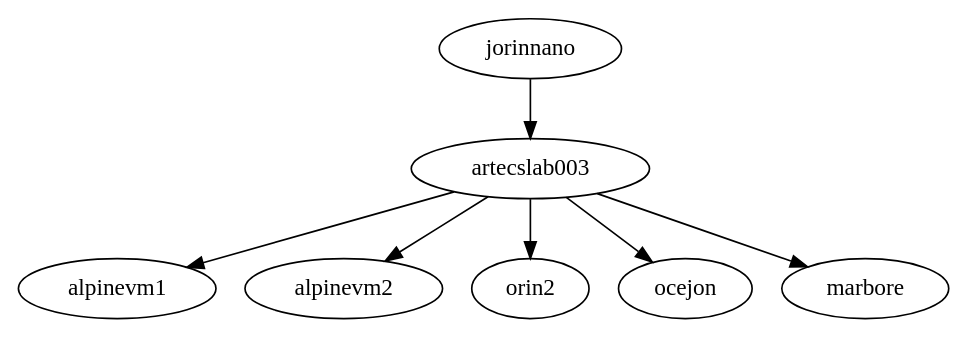
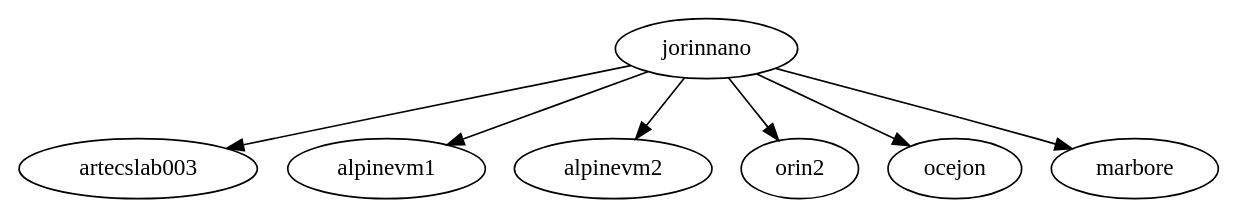
The diagram in triton-endpoint-controller/tservice_controller/input.dot (gulis1/planificacion-inferencia-edge), drawn with Graphviz before and after one commit. The commit also changed 13 other files, not shown here.

```diff
--- a/triton-endpoint-controller/tservice_controller/input.dot
+++ b/triton-endpoint-controller/tservice_controller/input.dot
@@ -1,9 +1,8 @@
 digraph G {
   jorinnano -> artecslab003
-
-  artecslab003 -> alpinevm1
-  artecslab003 -> alpinevm2
-  artecslab003 -> orin2
-  artecslab003 -> ocejon
-  artecslab003 -> marbore
+  jorinnano -> alpinevm1
+  jorinnano -> alpinevm2
+  jorinnano -> orin2
+  jorinnano -> ocejon
+  jorinnano -> marbore
 }
```
